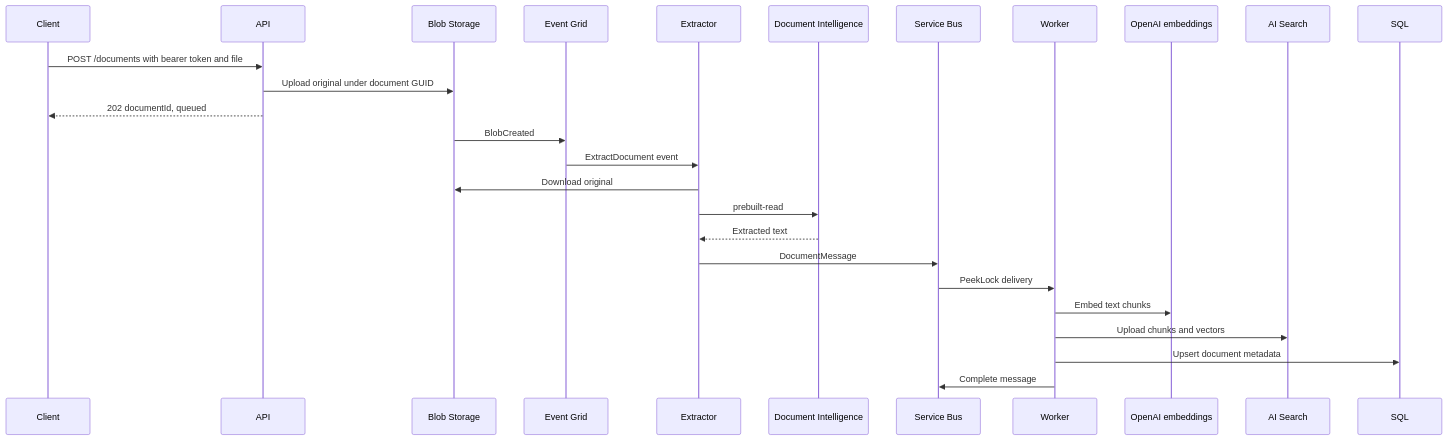
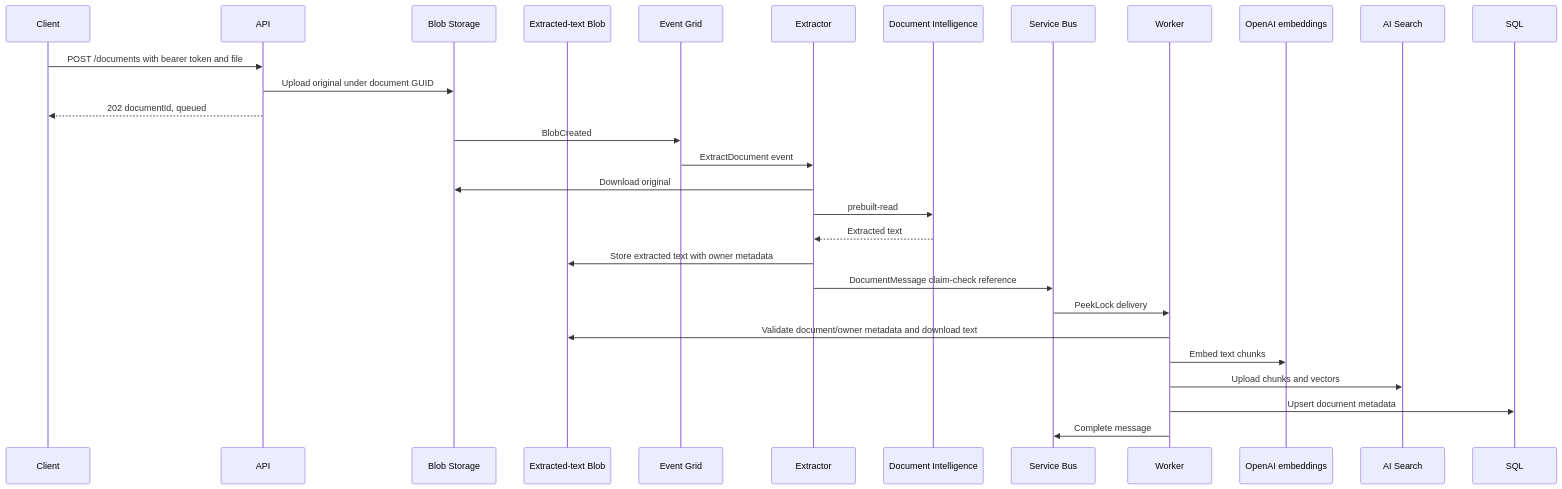
One commit to JermaineIsmael/document-intake-platform changed the diagram in docs/architecture/data-flow.md. Above: the diagram before and after it, drawn with Mermaid. The commit also changed other lines of this file and 12 other files, not shown here.

````diff
--- a/docs/architecture/data-flow.md
+++ b/docs/architecture/data-flow.md
@@ -8,28 +8,31 @@
 ```mermaid
 sequenceDiagram
     participant C as Client
     participant A as API
     participant B as Blob Storage
+    participant X as Extracted-text Blob
     participant E as Event Grid
     participant F as Extractor
     participant D as Document Intelligence
     participant Q as Service Bus
     participant W as Worker
     participant O as OpenAI embeddings
     participant S as AI Search
     participant SQL as SQL
     C->>A: POST /documents with bearer token and file
     A->>B: Upload original under document GUID
     A-->>C: 202 documentId, queued
     B->>E: BlobCreated
     E->>F: ExtractDocument event
     F->>B: Download original
     F->>D: prebuilt-read
     D-->>F: Extracted text
-    F->>Q: DocumentMessage
+    F->>X: Store extracted text with owner metadata
+    F->>Q: DocumentMessage claim-check reference
     Q->>W: PeekLock delivery
+    W->>X: Validate document/owner metadata and download text
     W->>O: Embed text chunks
     W->>S: Upload chunks and vectors
     W->>SQL: Upsert document metadata
     W->>Q: Complete message
 ```
````
